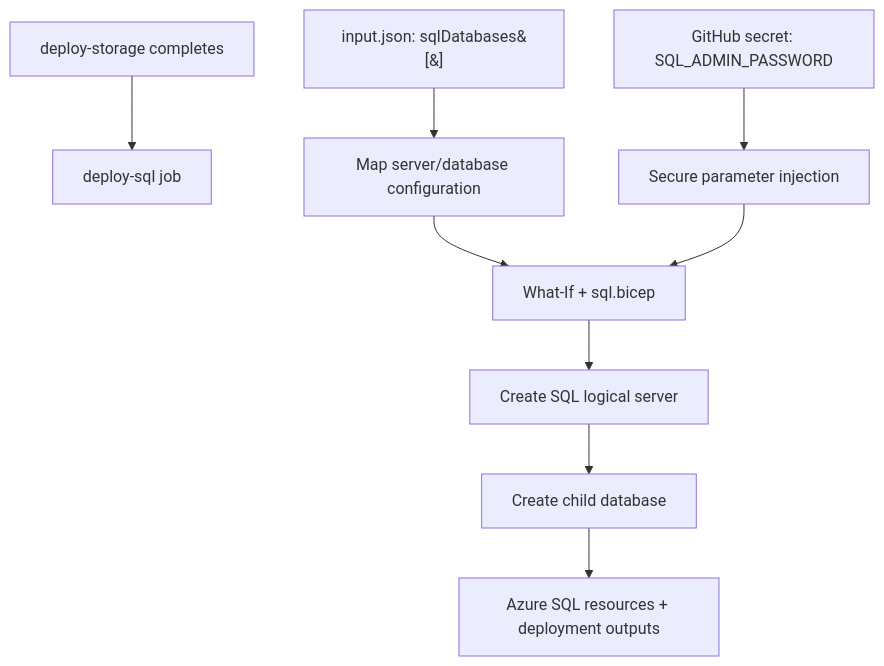
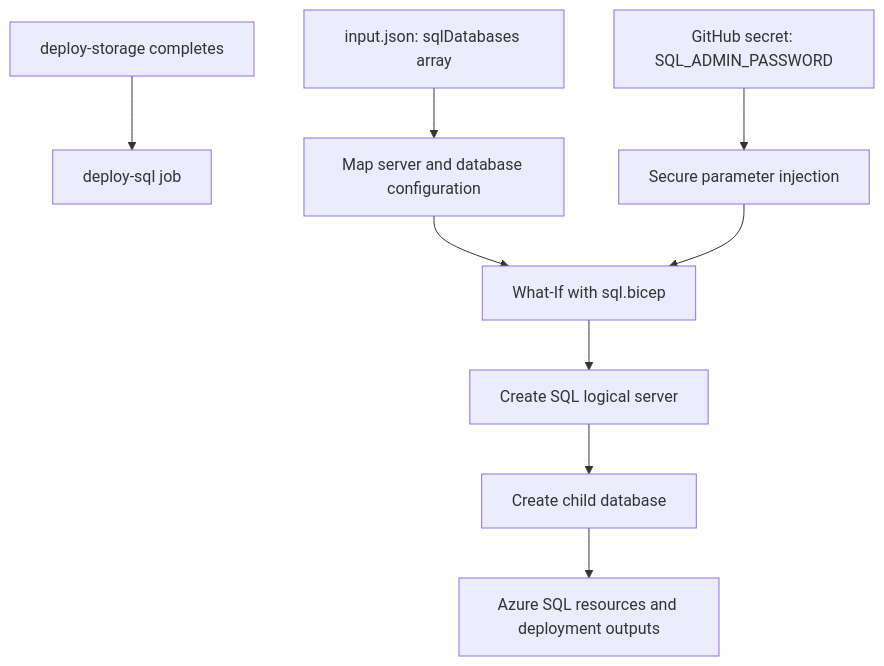
One commit to PROMETHEUS-N/BIFROST_NEW changed the diagram in modules/database/sql.md. Above: the diagram before and after it, drawn with Mermaid.

Commit message:
docs: make Mermaid node labels GitHub-parser safe

````diff
--- a/modules/database/sql.md
+++ b/modules/database/sql.md
@@ -47,11 +47,11 @@
 ```mermaid
 flowchart TD
-  A[deploy-storage completes] --> B[deploy-sql job]
-  C[input.json: sqlDatabases&#91;&#93;] --> D[Map server/database configuration]
-  E[GitHub secret: SQL_ADMIN_PASSWORD] --> F[Secure parameter injection]
-  D --> G[What-If + sql.bicep]
-  F --> G
-  G --> H[Create SQL logical server]
-  H --> I[Create child database]
-  I --> J[Azure SQL resources + deployment outputs]
+ A["deploy-storage completes"] --> B["deploy-sql job"]
+ C["input.json: sqlDatabases array"] --> D["Map server and database configuration"]
+ E["GitHub secret: SQL_ADMIN_PASSWORD"] --> F["Secure parameter injection"]
+ D --> G["What-If with sql.bicep"]
+ F --> G
+ G --> H["Create SQL logical server"]
+ H --> I["Create child database"]
+ I --> J["Azure SQL resources and deployment outputs"]
 ```
````
